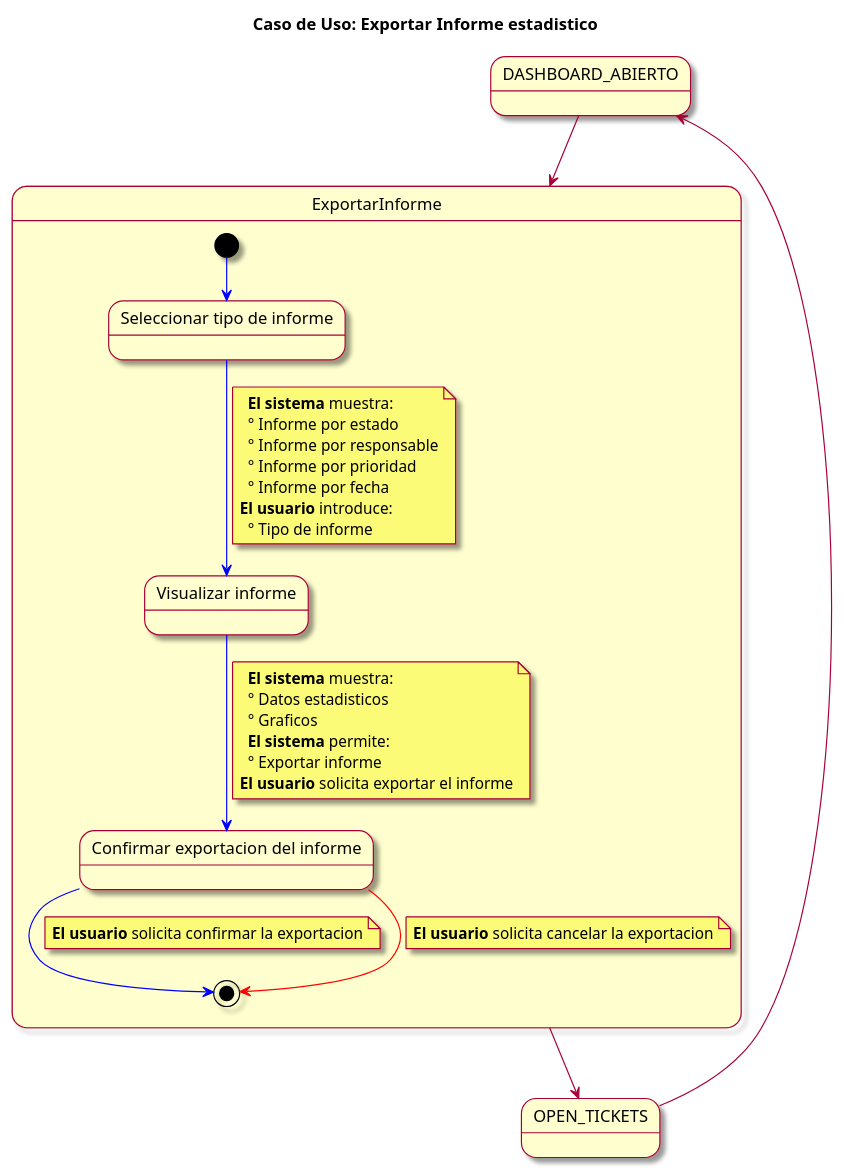
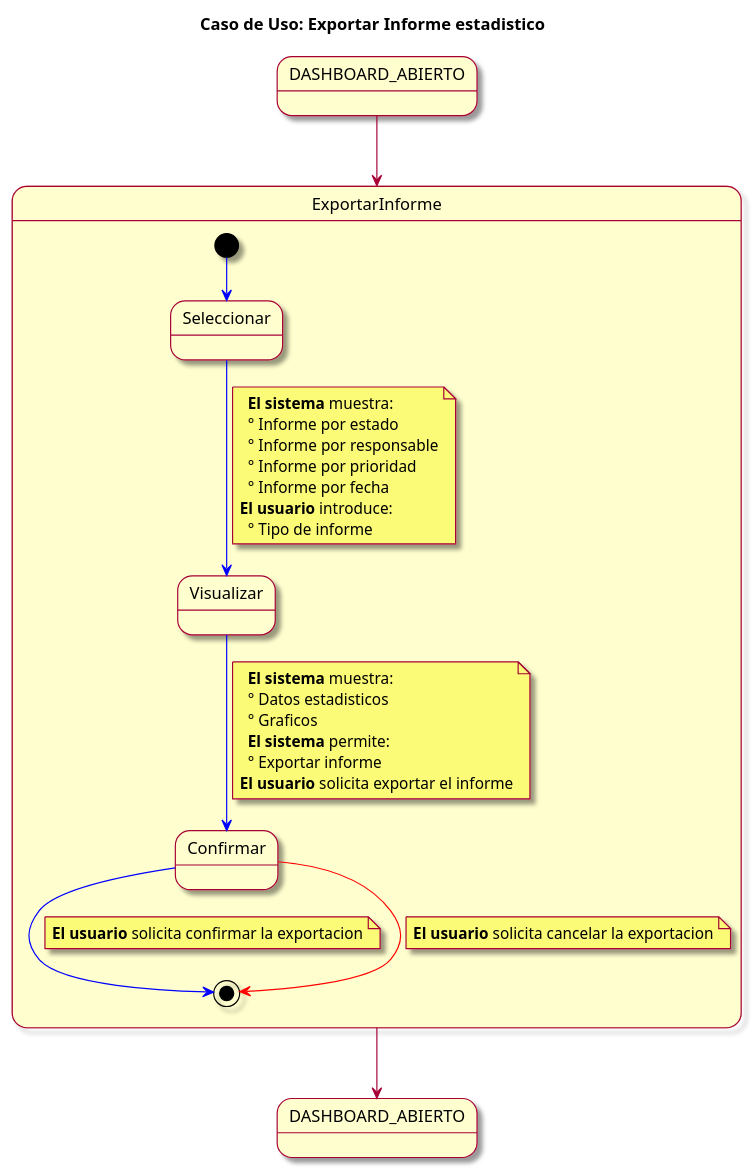
The diagram in modelosUML/CasosDeUsos/CasosDetallados/ExportarInformeEstadistico.puml (mmasias/23-24-IdSw1-SDR), drawn with PlantUML before and after one commit. The commit also changed 11 other files, not shown here.

```diff
--- a/modelosUML/CasosDeUsos/CasosDetallados/ExportarInformeEstadistico.puml
+++ b/modelosUML/CasosDeUsos/CasosDetallados/ExportarInformeEstadistico.puml
@@ -1,42 +1,42 @@
 @startuml
 skin rose
 title Caso de Uso: Exportar Informe estadistico
 
-state DASHBOARD_ABIERTO
-state OPEN_TICKETS
+state "DASHBOARD_ABIERTO" as DASHBOARD_ABIERTO2
+
 
 DASHBOARD_ABIERTO --> ExportarInforme
-ExportarInforme --> OPEN_TICKETS
-OPEN_TICKETS --> DASHBOARD_ABIERTO 
+ExportarInforme --> DASHBOARD_ABIERTO2
+ 
 state ExportarInforme {
 
   [*] -[#blue]-> elegirInforme
-  state "Seleccionar tipo de informe" as elegirInforme
+  state "Seleccionar" as elegirInforme
   elegirInforme -[#blue]-> visualizarInforme
 note on link
   **El sistema** muestra: 
   ° Informe por estado
   ° Informe por responsable
   ° Informe por prioridad
   ° Informe por fecha
 **El usuario** introduce:
   ° Tipo de informe
 end note
-  state "Visualizar informe" as visualizarInforme
+  state "Visualizar" as visualizarInforme
   visualizarInforme -[#blue]-> confirmarExportacion
   note on link
   **El sistema** muestra: 
   ° Datos estadisticos
   ° Graficos 
   **El sistema** permite:
   ° Exportar informe
 **El usuario** solicita exportar el informe
 end note
-  state "Confirmar exportacion del informe" as confirmarExportacion
+  state "Confirmar" as confirmarExportacion
   confirmarExportacion -[#blue]-> [*]
   note on link: **El usuario** solicita confirmar la exportacion
   confirmarExportacion -[#red]-> [*]
   note on link: **El usuario** solicita cancelar la exportacion
     
 }
 @enduml
```
